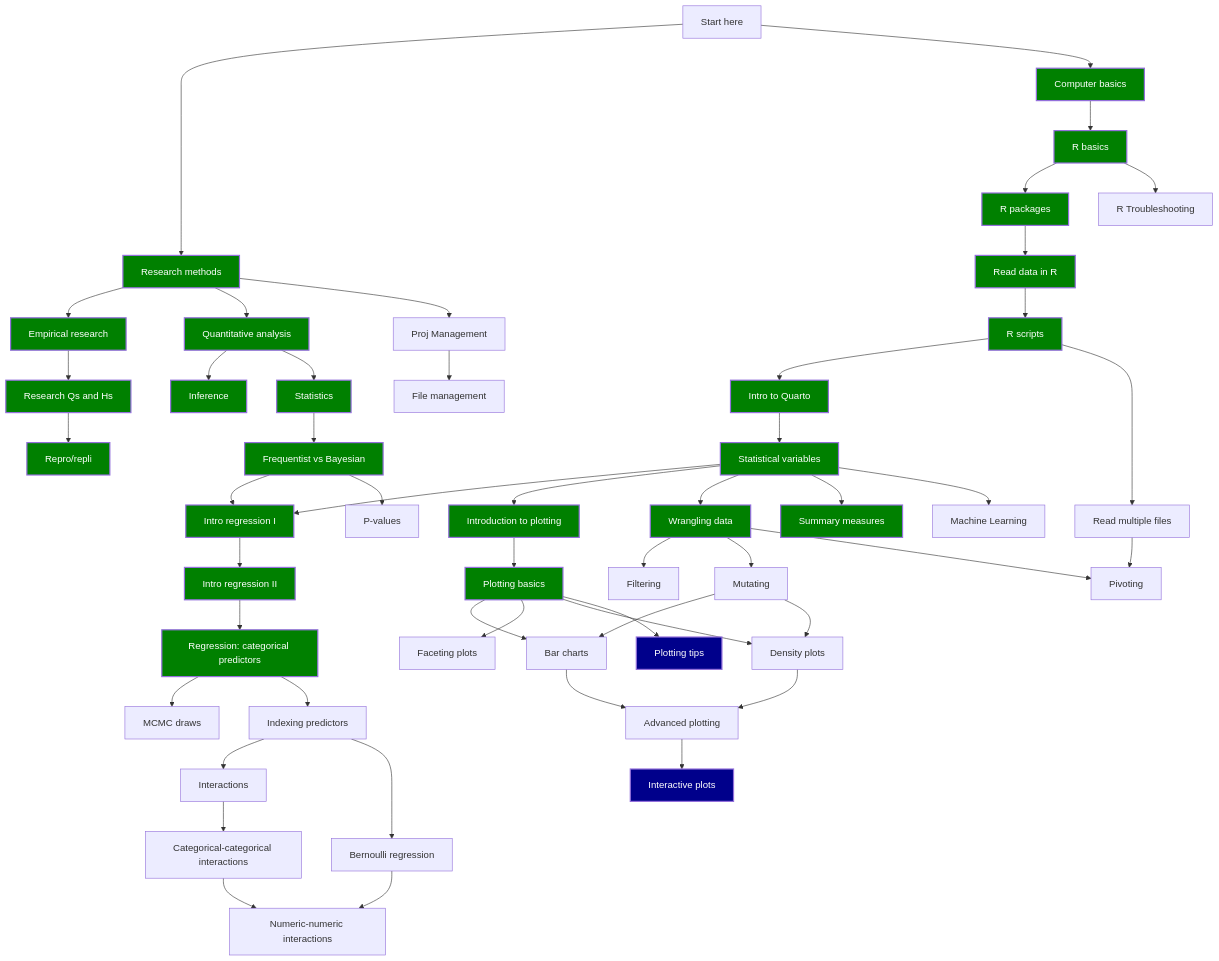
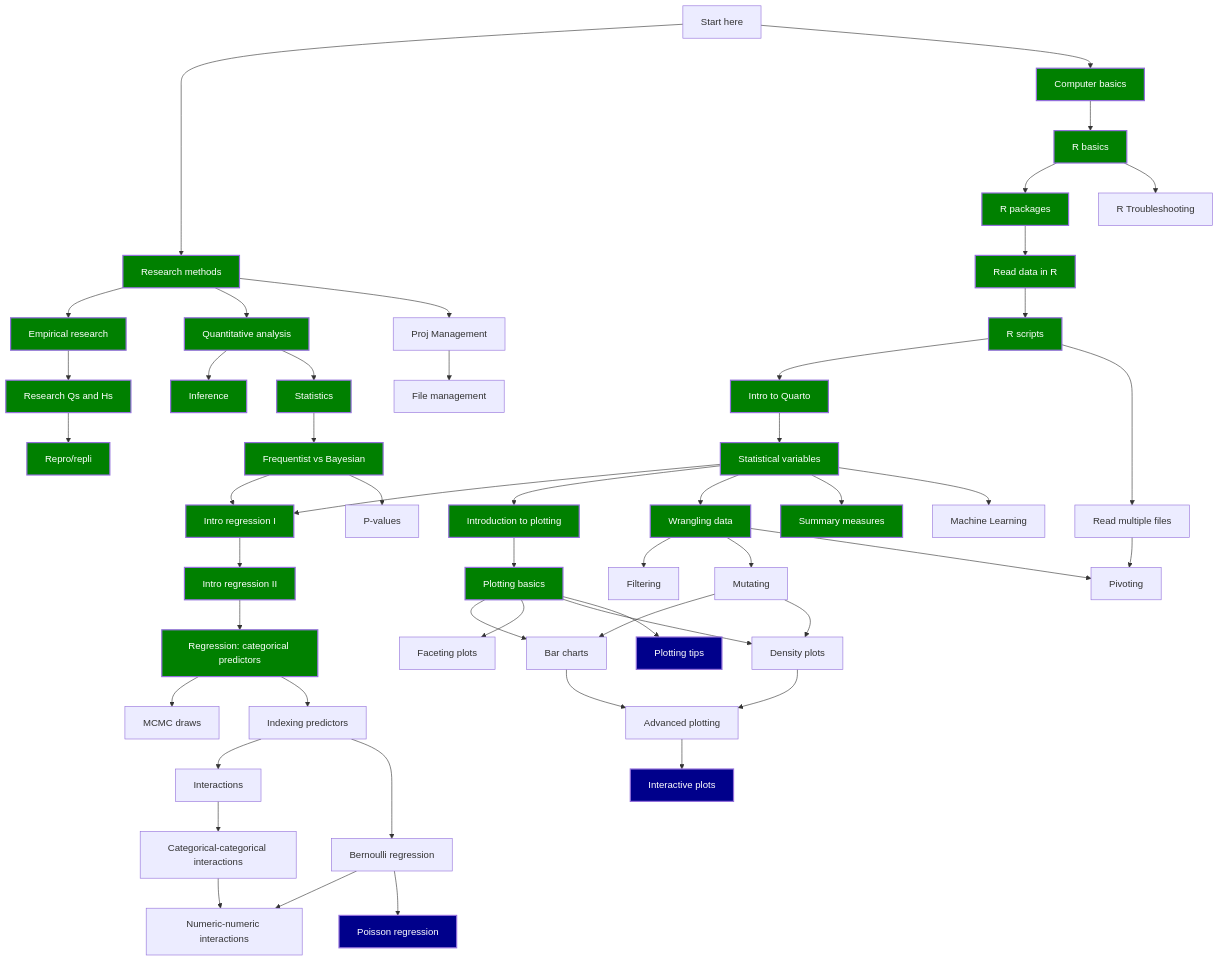
The diagram in map.qmd (uoelel/qml), drawn with Mermaid before and after one commit. The commit also changed 568 other files, not shown here.

```diff
--- a/map.qmd
+++ b/map.qmd
@@ -124,6 +124,9 @@
   click X href "posts/regression-bernoulli.html" "Go to page"
   AQ[Numeric-numeric interactions]
   click AQ href "posts/regression-interactions-numnum.html" "Go to page"
+  AT[Poisson regression]
+  click AT href "posts/regression-poisson.html" "Go to page"
+  style AT fill:#00008B,color:#FFF,stroke-width:2px
   
   AR[Interactive plots]
   click AR href "posts/plot-plotly.html" "Go to page"
@@ -168,7 +171,7 @@
   U --> V & X
   V --> W
   W --> AQ
-  X --> AQ
+  X --> AQ & AT
   
   
   
```
